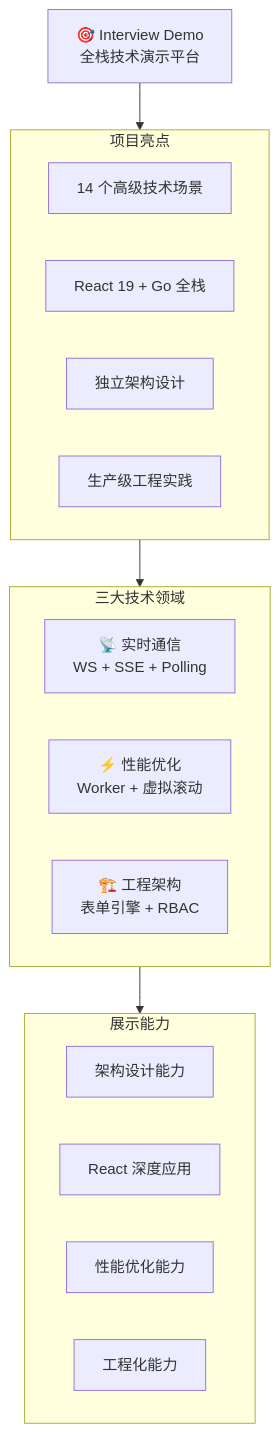
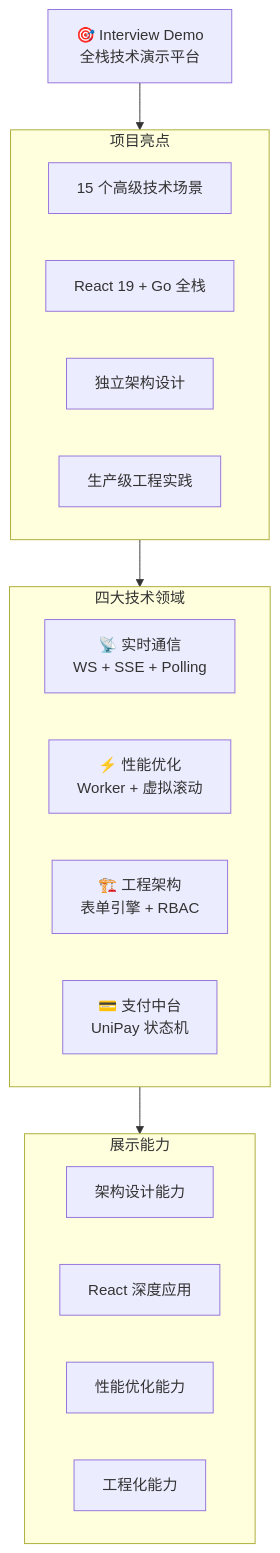
Before and after one commit to KMaybe01/interview-demo: the first of 46 diagrams in docs/面试亮点.md, drawn with Mermaid. The commit also changed other lines of this file and 10 other files, not shown here.

Commit message:
新增 UniPay 统一支付中台演示（状态机 + 幂等性 + 重试 + 对账 + 安全检测）

````diff
--- a/docs/面试亮点.md
+++ b/docs/面试亮点.md
@@ -5,26 +5,27 @@
 ```mermaid
 graph TB
     Title["🎯 Interview Demo<br/>全栈技术演示平台"]
 
     subgraph Highlights["项目亮点"]
-        H1["14 个高级技术场景"]
+        H1["15 个高级技术场景"]
         H2["React 19 + Go 全栈"]
         H3["独立架构设计"]
         H4["生产级工程实践"]
     end
 
-    subgraph Domains["三大技术领域"]
+    subgraph Domains["四大技术领域"]
         D1["📡 实时通信<br/>WS + SSE + Polling"]
         D2["⚡ 性能优化<br/>Worker + 虚拟滚动"]
         D3["🏗️ 工程架构<br/>表单引擎 + RBAC"]
+        D4["💳 支付中台<br/>UniPay 状态机"]
     end
 
     subgraph Skills["展示能力"]
         S1["架构设计能力"]
         S2["React 深度应用"]
         S3["性能优化能力"]
         S4["工程化能力"]
     end
 
     Title --> Highlights --> Domains --> Skills
 ```
````
